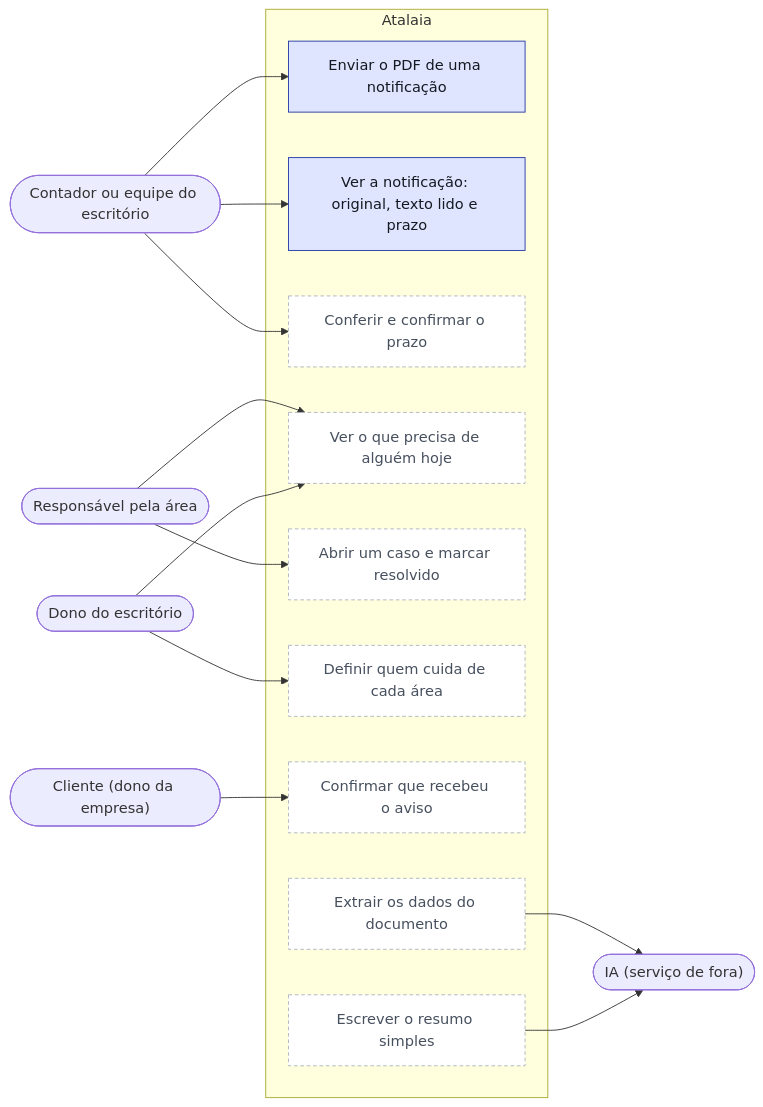
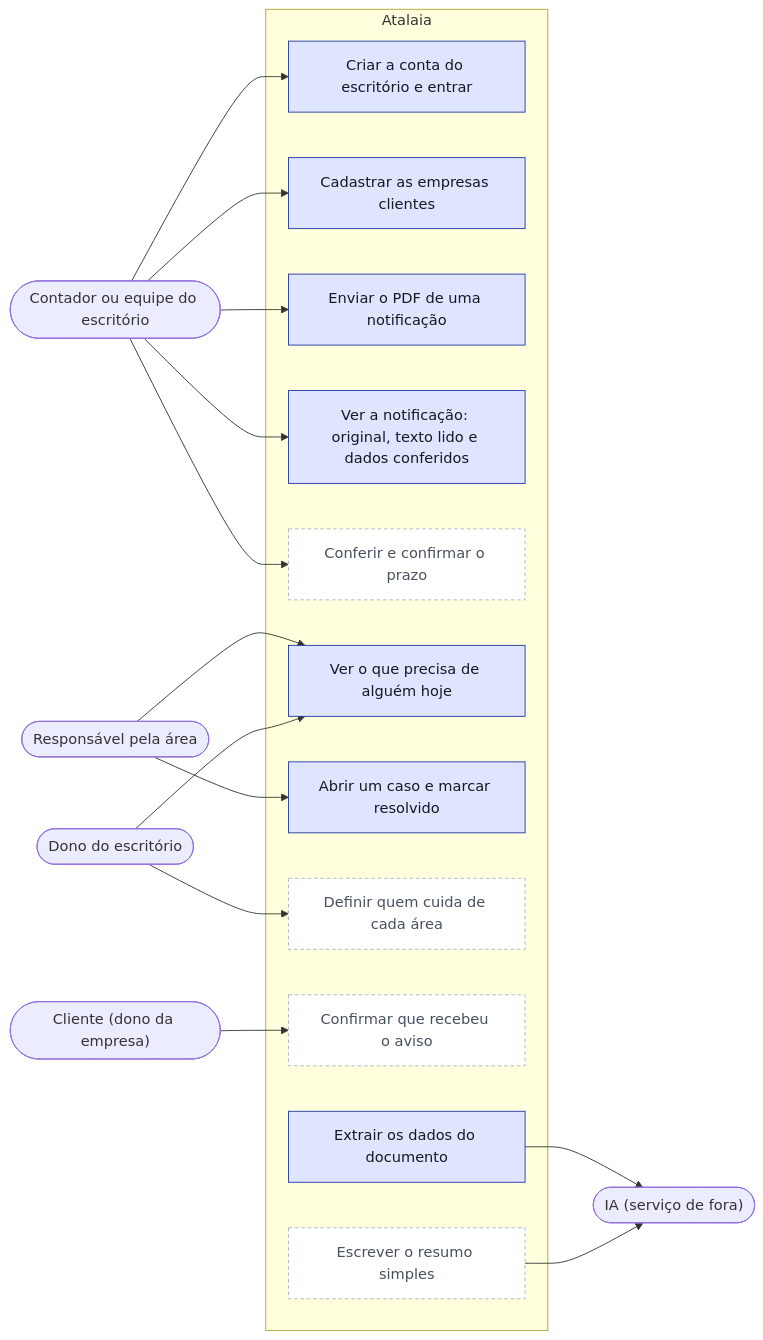
One commit to namtech-agents/atalaia changed the first of 8 diagrams in docs/04-arquitetura/arquitetura.md. Above: the diagram before and after it, drawn with Mermaid. The commit also changed other lines of this file and 1 other file, not shown here.

Commit message:
docs: login, escritório, tela Empresas e as migrações V5 e V6 nos diagramas e no README (#160)

````diff
--- a/docs/04-arquitetura/arquitetura.md
+++ b/docs/04-arquitetura/arquitetura.md
@@ -15,36 +15,40 @@
 ```mermaid
 flowchart LR
     contador(["Contador ou equipe do escritório"])
     responsavel(["Responsável pela área"])
     dono(["Dono do escritório"])
     cliente(["Cliente (dono da empresa)"])
     ia(["IA (serviço de fora)"])
 
     subgraph Atalaia
+        conta["Criar a conta do escritório e entrar"]
+        empresas["Cadastrar as empresas clientes"]
         enviar["Enviar o PDF de uma notificação"]
-        ver["Ver a notificação: original, texto lido e prazo"]
+        ver["Ver a notificação: original, texto lido e dados conferidos"]
         conferir["Conferir e confirmar o prazo"]
         fila["Ver o que precisa de alguém hoje"]
         resolver["Abrir um caso e marcar resolvido"]
         areas["Definir quem cuida de cada área"]
         ciencia["Confirmar que recebeu o aviso"]
         extrair["Extrair os dados do documento"]
         resumo["Escrever o resumo simples"]
     end
 
+    contador --> conta
+    contador --> empresas
     contador --> enviar
     contador --> ver
     contador --> conferir
     responsavel --> fila
     responsavel --> resolver
     dono --> areas
     dono --> fila
     cliente --> ciencia
     extrair --> ia
     resumo --> ia
 
     classDef pronto fill:#dfe5ff,stroke:#2438a6,color:#141922
     classDef planejado fill:#ffffff,stroke:#aab3bf,stroke-dasharray:4 3,color:#47505e
-    class enviar,ver pronto
-    class conferir,fila,resolver,areas,ciencia,extrair,resumo planejado
+    class conta,empresas,enviar,ver,fila,resolver,extrair pronto
+    class conferir,areas,ciencia,resumo planejado
 ```
````
